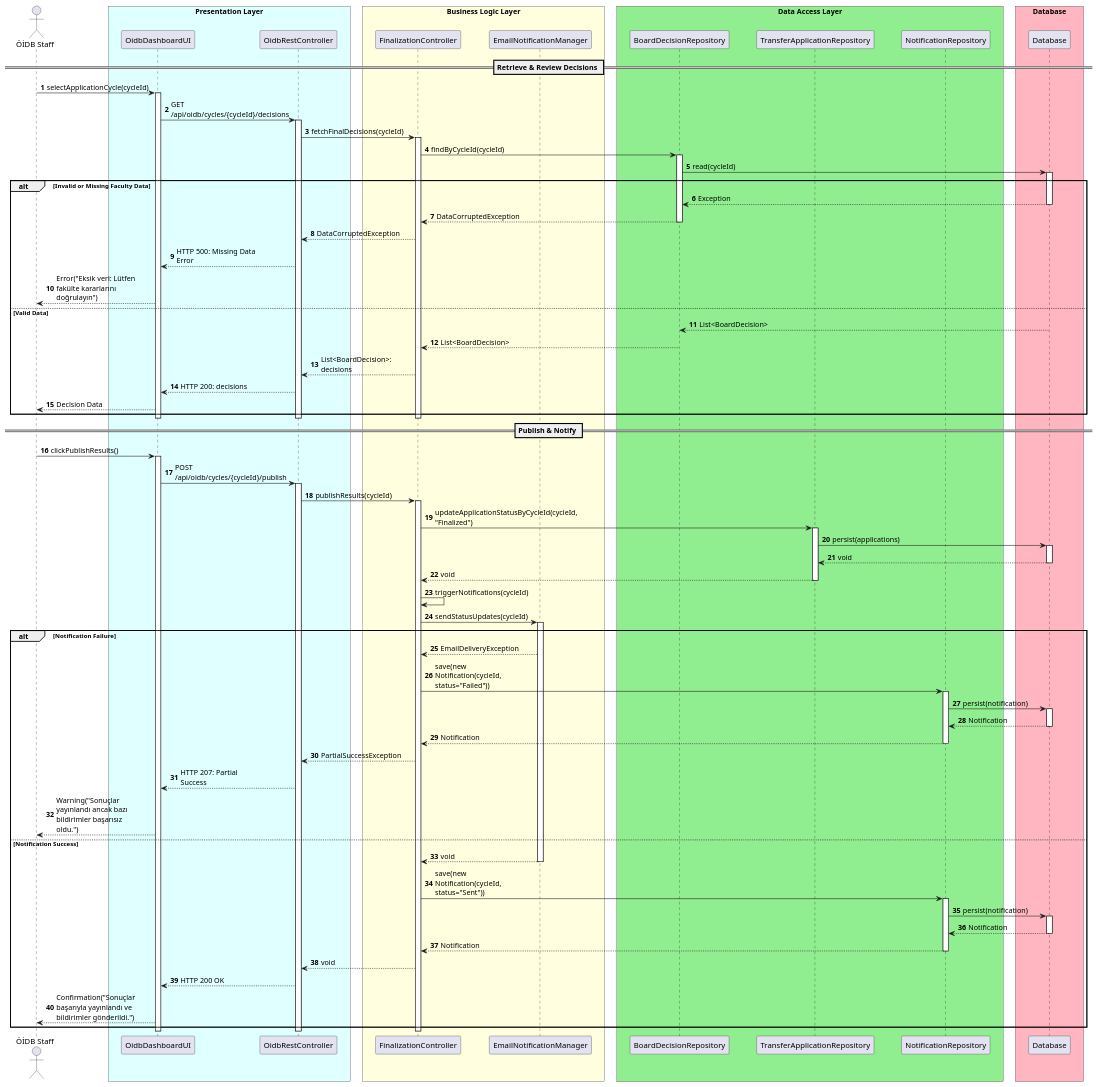
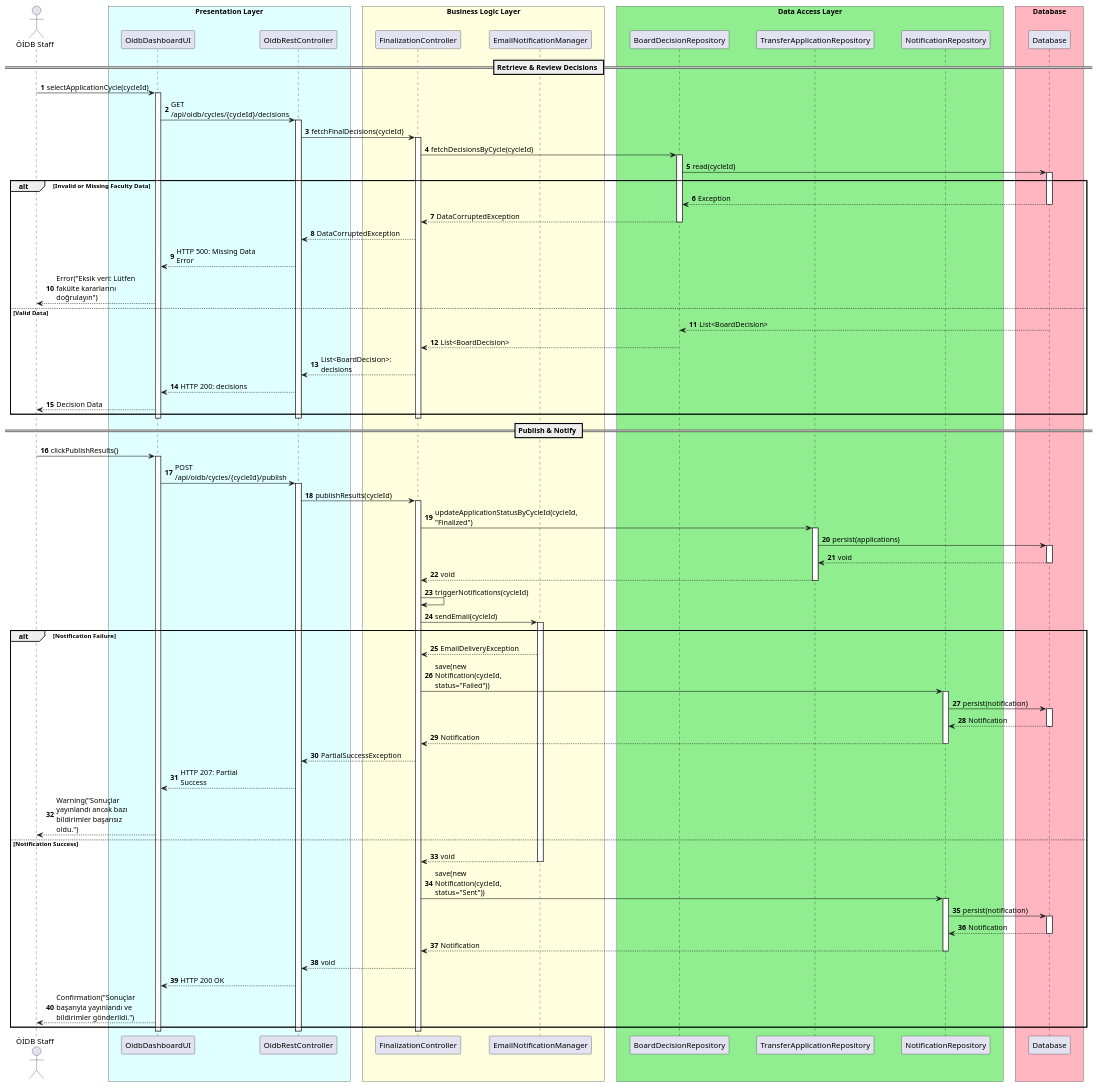
The diagram in docs/uml/uc-6-updated.puml (UTMS-G02/utms), drawn with PlantUML before and after one commit. The commit also changed 6 other files, not shown here.

```diff
--- a/docs/uml/uc-6-updated.puml
+++ b/docs/uml/uc-6-updated.puml
@@ -1,129 +1,129 @@
 @startuml uc-6
 autonumber
 skinparam maxMessageSize 150
 skinparam ParticipantPadding 20
 skinparam BoxPadding 10
 
 actor "ÖİDB Staff" as Staff
 
 box "Presentation Layer" #LightCyan
     participant "OidbDashboardUI" as UI
     participant "OidbRestController" as RestController
 end box
 
 box "Business Logic Layer" #LightYellow
     participant "FinalizationController" as Controller
     participant "EmailNotificationManager" as EmailManager
 end box
 
 box "Data Access Layer" #LightGreen
     participant "BoardDecisionRepository" as DecisionDB
     participant "TransferApplicationRepository" as AppDB
     participant "NotificationRepository" as LogDB
 end box
 
 box "Database" #LightPink
     participant "Database" as DB
 end box
 
 == Retrieve & Review Decisions ==
 
 Staff -> UI: selectApplicationCycle(cycleId)
 activate UI
 
 UI -> RestController: GET /api/oidb/cycles/{cycleId}/decisions
 activate RestController
 
 RestController -> Controller: fetchFinalDecisions(cycleId)
 activate Controller
 
-Controller -> DecisionDB: findByCycleId(cycleId)
+Controller -> DecisionDB: fetchDecisionsByCycle(cycleId)
 activate DecisionDB
 DecisionDB -> DB: read(cycleId)
 activate DB
 
 alt Invalid or Missing Faculty Data
     DB --> DecisionDB: Exception
     deactivate DB
     DecisionDB --> Controller: DataCorruptedException
     deactivate DecisionDB
     Controller --> RestController: DataCorruptedException
     RestController --> UI: HTTP 500: Missing Data Error
     UI --> Staff: Error("Eksik veri: Lütfen fakülte kararlarını doğrulayın")
 else Valid Data
     DB --> DecisionDB: List<BoardDecision>
     deactivate DB
     DecisionDB --> Controller: List<BoardDecision>
     deactivate DecisionDB
     Controller --> RestController: List<BoardDecision>: decisions
     RestController --> UI: HTTP 200: decisions
     UI --> Staff: Decision Data
 end
 
 deactivate Controller
 deactivate RestController
 deactivate UI
 
 == Publish & Notify ==
 
 Staff -> UI: clickPublishResults()
 activate UI
 
 UI -> RestController: POST /api/oidb/cycles/{cycleId}/publish
 activate RestController
 
 RestController -> Controller: publishResults(cycleId)
 activate Controller
 
 Controller -> AppDB: updateApplicationStatusByCycleId(cycleId, "Finalized")
 activate AppDB
 AppDB -> DB: persist(applications)
 activate DB
 DB --> AppDB: void
 deactivate DB
 AppDB --> Controller: void
 deactivate AppDB
 
 Controller -> Controller: triggerNotifications(cycleId)
 
-Controller -> EmailManager: sendStatusUpdates(cycleId)
+Controller -> EmailManager: sendEmail(cycleId)
 activate EmailManager
 
 alt Notification Failure
     EmailManager --> Controller: EmailDeliveryException
 
     Controller -> LogDB: save(new Notification(cycleId, status="Failed"))
     activate LogDB
     LogDB -> DB: persist(notification)
     activate DB
     DB --> LogDB: Notification
     deactivate DB
     LogDB --> Controller: Notification
     deactivate LogDB
 
     Controller --> RestController: PartialSuccessException
     RestController --> UI: HTTP 207: Partial Success
     UI --> Staff: Warning("Sonuçlar yayınlandı ancak bazı bildirimler başarısız oldu.")
 else Notification Success
     EmailManager --> Controller: void
     deactivate EmailManager
 
     Controller -> LogDB: save(new Notification(cycleId, status="Sent"))
     activate LogDB
     LogDB -> DB: persist(notification)
     activate DB
     DB --> LogDB: Notification
     deactivate DB
     LogDB --> Controller: Notification
     deactivate LogDB
 
     Controller --> RestController: void
     RestController --> UI: HTTP 200 OK
     UI --> Staff: Confirmation("Sonuçlar başarıyla yayınlandı ve bildirimler gönderildi.")
 end
 
 deactivate Controller
 deactivate RestController
 deactivate UI
 
 @enduml
```
